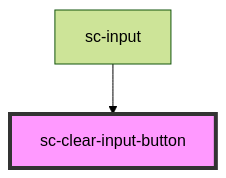
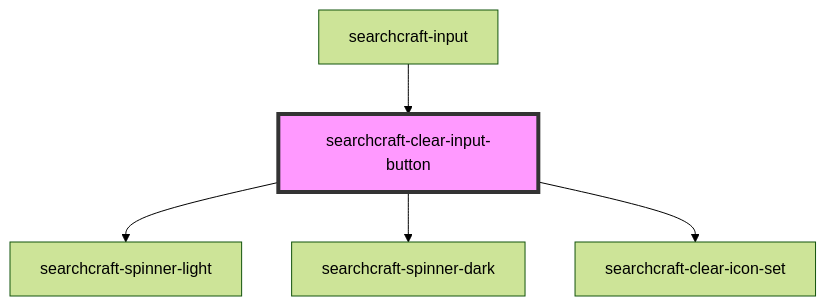
The diagram in packages/javascript-sdk/src/components/searchcraft-clear-input-button/readme.md (searchcraft-inc/searchcraft-javascript-sdks), drawn with Mermaid (forest theme) before and after one commit. The commit also changed other lines of this file and 56 other files, not shown here.

````diff
--- a/packages/javascript-sdk/src/components/searchcraft-clear-input-button/readme.md
+++ b/packages/javascript-sdk/src/components/searchcraft-clear-input-button/readme.md
@@ -30,5 +36,8 @@
 ```mermaid
 graph TD;
-  sc-input --> sc-clear-input-button
-  style sc-clear-input-button fill:#f9f,stroke:#333,stroke-width:4px
+  searchcraft-clear-input-button --> searchcraft-spinner-light
+  searchcraft-clear-input-button --> searchcraft-spinner-dark
+  searchcraft-clear-input-button --> searchcraft-clear-icon-set
+  searchcraft-input --> searchcraft-clear-input-button
+  style searchcraft-clear-input-button fill:#f9f,stroke:#333,stroke-width:4px
 ```
````
